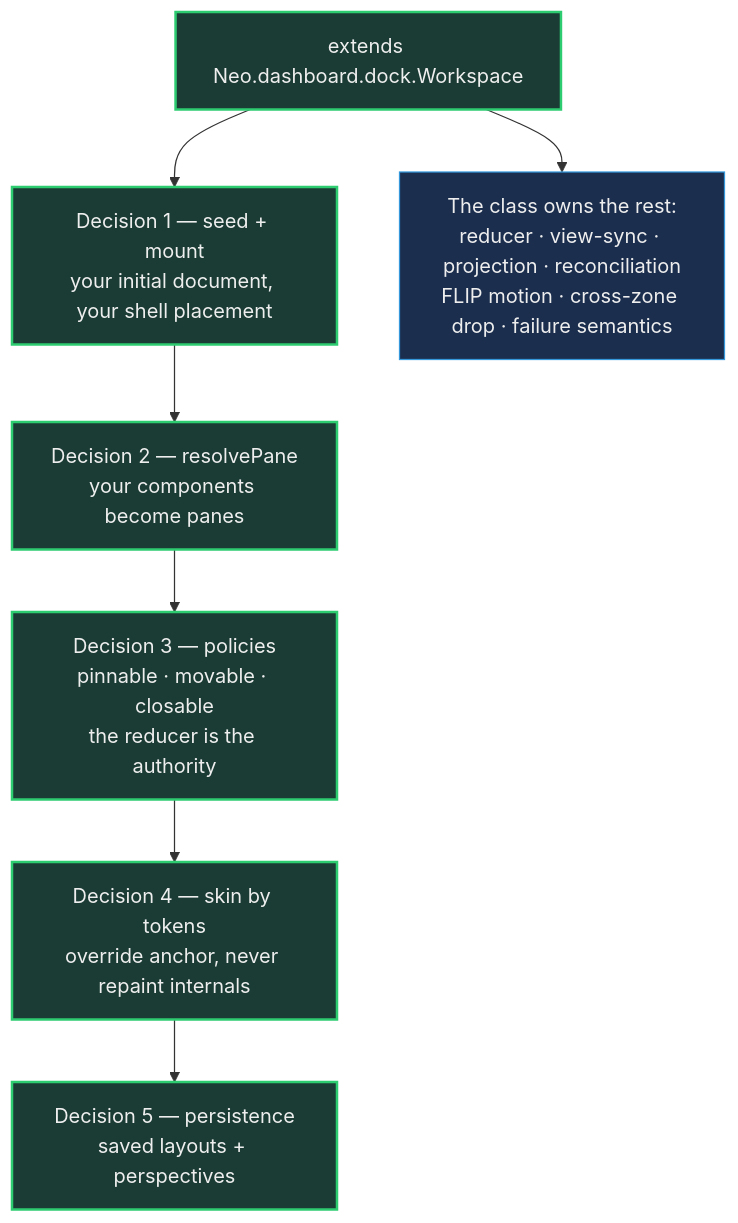
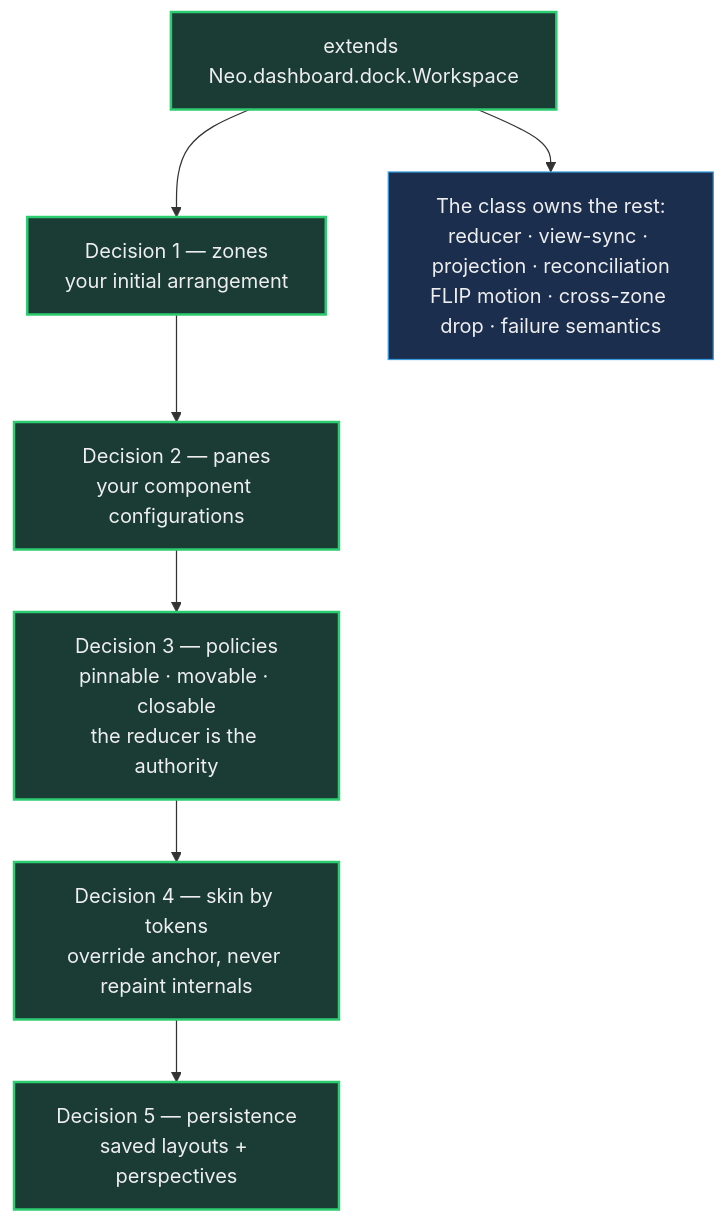
Before and after one commit to neomjs/neo: the diagram in learn/guides/uibuildingblocks/DockLayoutsAdoption.md, drawn with Mermaid. The commit also changed other lines of this file and 13 other files, not shown here.

First line of the commit message:
feat(dock): consume initial panes and zones in Workspace (#18476) (#18492)

````diff
--- a/learn/guides/uibuildingblocks/DockLayoutsAdoption.md
+++ b/learn/guides/uibuildingblocks/DockLayoutsAdoption.md
@@ -19,17 +19,17 @@
 ```mermaid
 flowchart TD
     classDef yours fill:#1a3c34,stroke:#2ecc71,stroke-width:2px,color:#eee
     classDef engine fill:#1b2e4e,stroke:#3498db,stroke-width:1px,color:#eee
 
     Extend["extends Neo.dashboard.dock.Workspace"]:::yours
-    Seed["Decision 1 — seed + mount<br/>your initial document, your shell placement"]:::yours
-    Panes["Decision 2 — resolvePane<br/>your components become panes"]:::yours
+    Seed["Decision 1 — zones<br/>your initial arrangement"]:::yours
+    Panes["Decision 2 — panes<br/>your component configurations"]:::yours
     Policy["Decision 3 — policies<br/>pinnable · movable · closable<br/>the reducer is the authority"]:::yours
     Skin["Decision 4 — skin by tokens<br/>override anchor, never repaint internals"]:::yours
     Persist["Decision 5 — persistence<br/>saved layouts + perspectives"]:::yours
 
     EngineOwns["The class owns the rest:<br/>reducer · view-sync · projection · reconciliation<br/>FLIP motion · cross-zone drop · failure semantics"]:::engine
 
     Extend --> Seed --> Panes --> Policy --> Skin --> Persist
     Extend --> EngineOwns
 ```
````
